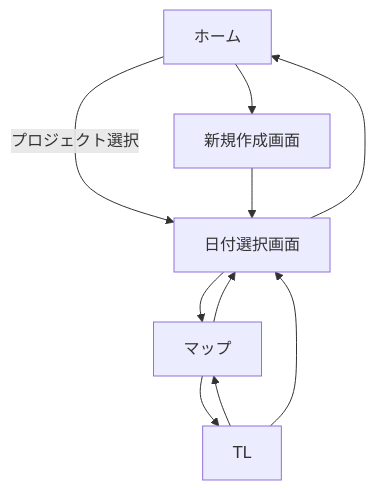
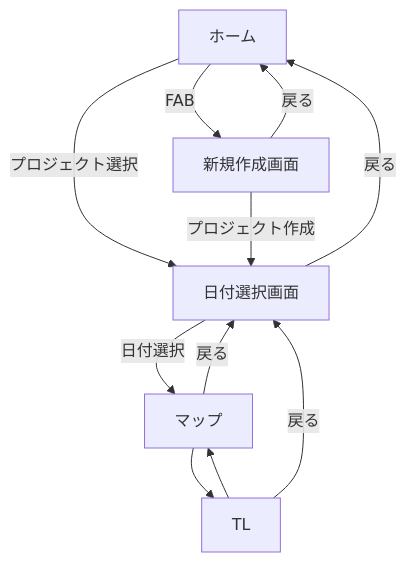
The diagram in 設計書.md (hata0/TravelApp), drawn with Mermaid before and after one commit. The commit also changed other lines of this file and 3 other files, not shown here.

````diff
--- a/設計書.md
+++ b/設計書.md
@@ -99,12 +79,13 @@
-```mermaid
-graph TD;
-    A["ホーム"] --> B["新規作成画面"];
-    A -- "プロジェクト選択" --> D["日付選択画面"];
-    B --> D;
-    D --> F["マップ"];
-    F --> G["TL"];
-    G --> F;
-    G --> D;
-    F --> D;
-    D --> A;
-```
+```mermaid  
+graph TD;  
+    A["ホーム"] -- "FAB" --> B["新規作成画面"];  
+    A -- "プロジェクト選択" --> D["日付選択画面"];  
+    B -- "プロジェクト作成" --> D;    
+    D -- "日付選択" --> F["マップ"];  
+    F --> G["TL"];    
+    G --> F;    
+    G -- "戻る" --> D;    
+    F -- "戻る" --> D;    
+    D -- "戻る" --> A;  
+    B -- "戻る" --> A;
+```  
````
